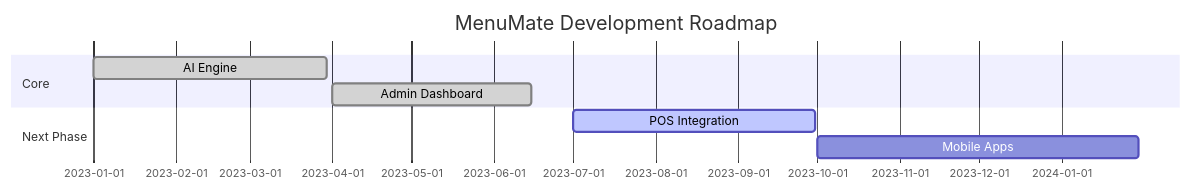
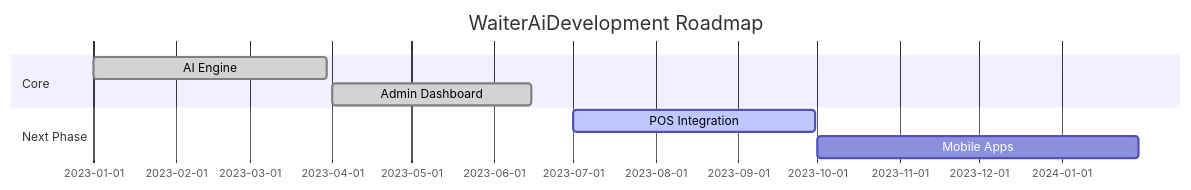
The diagram in README.md (W3JDev/MenuMate-Prototype), drawn with Mermaid before and after one commit. The commit also changed other lines of this file, not shown here.

````diff
--- a/README.md
+++ b/README.md
@@ -105,11 +126,11 @@
 ```mermaid
 gantt
-    title MenuMate Development Roadmap
+    title WaiterAiDevelopment Roadmap
     dateFormat  YYYY-MM-DD
     section Core
     AI Engine           :done,    des1, 2023-01-01, 2023-03-30
     Admin Dashboard     :done,    des2, 2023-04-01, 2023-06-15
     section Next Phase
     POS Integration     :active,  des3, 2023-07-01, 2023-09-30
     Mobile Apps         :         des4, 2023-10-01, 2024-01-30
 ```  
````
